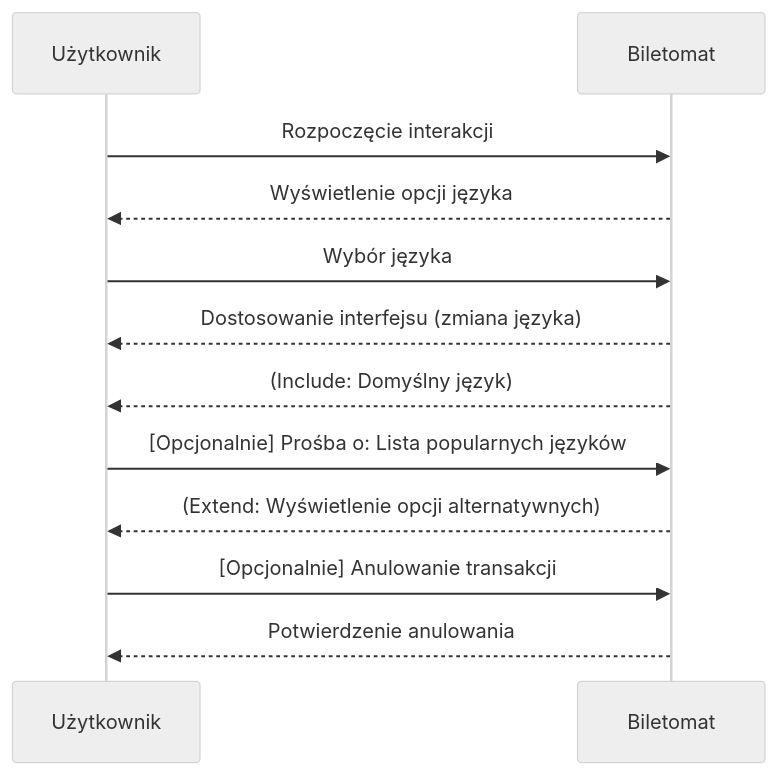
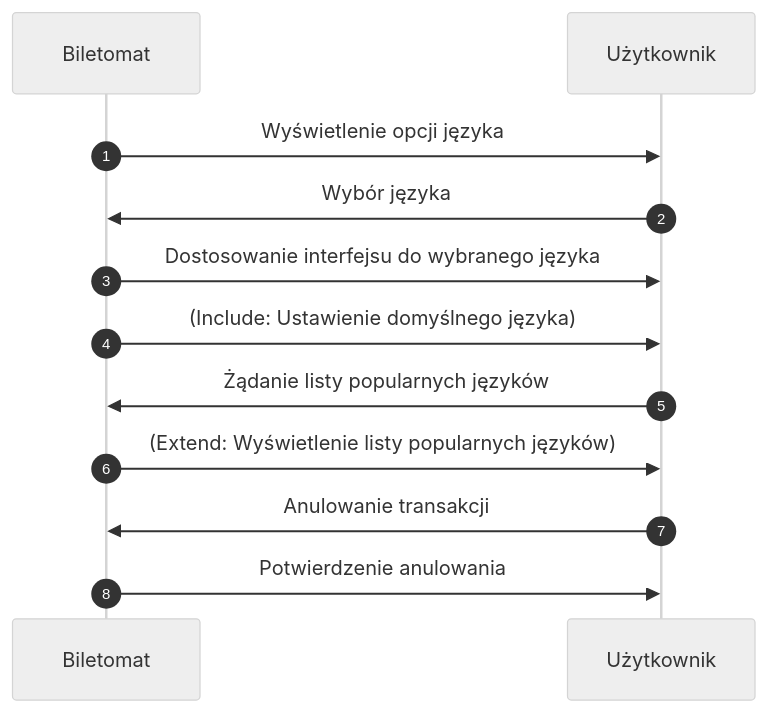
One commit to andrew967/MWO changed the fifth of 5 diagrams in biletomat.md. Above: the diagram before and after it, drawn with Mermaid (neutral theme). The commit also changed other lines of this file, not shown here.

````diff
--- a/biletomat.md
+++ b/biletomat.md
@@ -89,21 +126,24 @@
 ```mermaid
 sequenceDiagram
+    autonumber
+    participant BT as Biletomat
     participant U as Użytkownik
-    participant BT as Biletomat
 
-  
-    U->>BT: Rozpoczęcie interakcji
-    BT-->>U: Wyświetlenie opcji języka
+    %% Biletomat rozpoczyna – wyświetla opcje językowe
+    BT->>U: Wyświetlenie opcji języka
 
+    %% Oczekiwanie na wybór dokonywany przez użytkownika
     U->>BT: Wybór języka
-    BT-->>U: Dostosowanie interfejsu (zmiana języka)
+    BT->>U: Dostosowanie interfejsu do wybranego języka
 
-    BT-->>U: (Include: Domyślny język)
+    %% (Include) W przypadku, gdy nie określono wyboru, domyślny język może być ustawiony
+    BT->>U: (Include: Ustawienie domyślnego języka)
 
-    U->>BT: [Opcjonalnie] Prośba o: Lista popularnych języków
-    BT-->>U: (Extend: Wyświetlenie opcji alternatywnych)
+    %% Scenariusz rozszerzający – użytkownik żąda alternatywnych opcji
+    U->>BT: Żądanie listy popularnych języków
+    BT->>U: (Extend: Wyświetlenie listy popularnych języków)
 
-    U->>BT: [Opcjonalnie] Anulowanie transakcji
-    BT-->>U: Potwierdzenie anulowania
-
+    %% Możliwość anulowania procesu przez użytkownika
+    U->>BT: Anulowanie transakcji
+    BT->>U: Potwierdzenie anulowania
 ```
````
